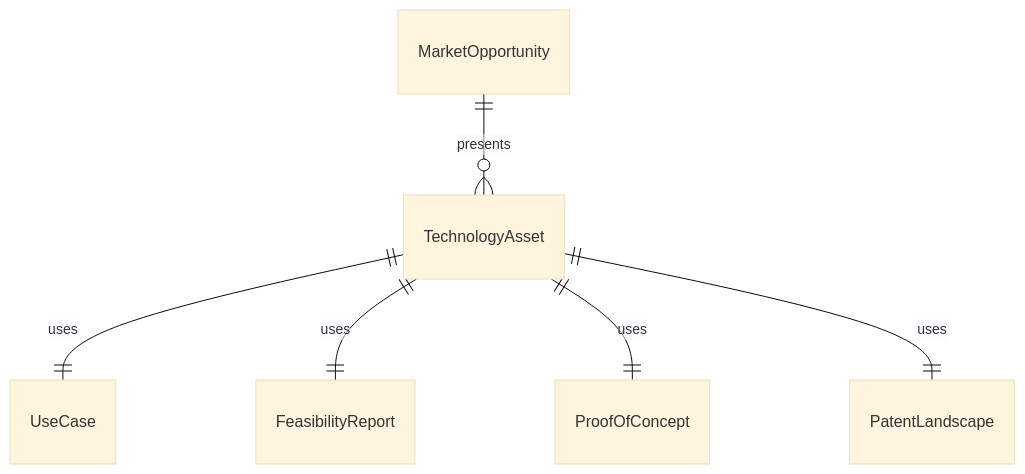
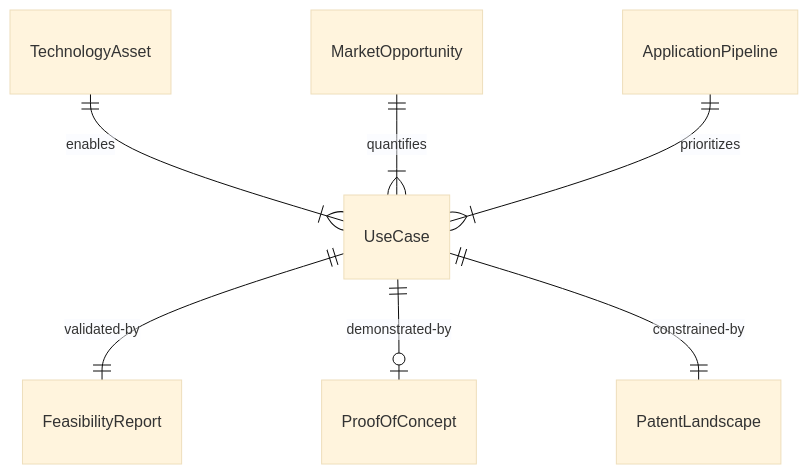
One commit to dot-org-ai/tasks.org.ai changed the first of 4 diagrams in IdentifyingObjectsActionsAndEvents/IdentifyBusinessOrOrganizationalOpportunities/IdentifyNewApplicationsExistingTechnologies.mdx. Above: the diagram before and after it, drawn with Mermaid (base theme). The commit also changed other lines of this file and 515 other files, not shown here.

````diff
--- a/IdentifyingObjectsActionsAndEvents/IdentifyBusinessOrOrganizationalOpportunities/IdentifyNewApplicationsExistingTechnologies.mdx
+++ b/IdentifyingObjectsActionsAndEvents/IdentifyBusinessOrOrganizationalOpportunities/IdentifyNewApplicationsExistingTechnologies.mdx
@@ -92,8 +92,9 @@
 ```mermaid
 erDiagram
-    TechnologyAsset ||--|| UseCase : "uses"
-    TechnologyAsset ||--|| FeasibilityReport : "uses"
-    TechnologyAsset ||--|| ProofOfConcept : "uses"
-    TechnologyAsset ||--|| PatentLandscape : "uses"
-    MarketOpportunity ||--o{ TechnologyAsset : "presents"
+    TechnologyAsset ||--|{ UseCase : "enables"
+    UseCase ||--|| FeasibilityReport : "validated-by"
+    UseCase ||--o| ProofOfConcept : "demonstrated-by"
+    UseCase ||--|| PatentLandscape : "constrained-by"
+    MarketOpportunity ||--|{ UseCase : "quantifies"
+    ApplicationPipeline ||--|{ UseCase : "prioritizes"
 ```
````
